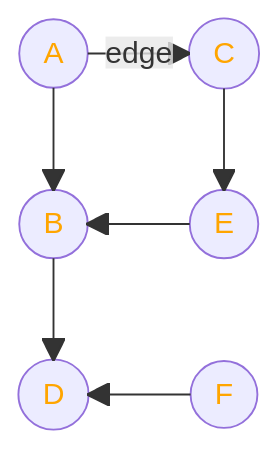
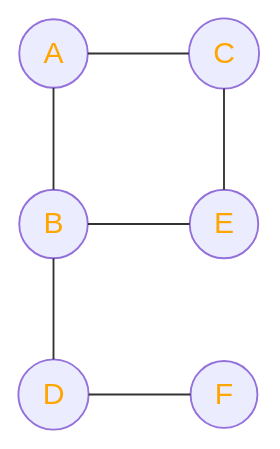
The second of 2 diagrams in Graphs/GraphsSummary.md (BradleyGilden/DSA-Practice), drawn with Mermaid before and after one commit.

Commit message:
undirected graph

````diff
--- a/Graphs/GraphsSummary.md
+++ b/Graphs/GraphsSummary.md
@@ -28,16 +28,16 @@
 ```mermaid
   block-beta
   columns 3
   A(("<font color='orange'>&nbsp;&nbsp;A&nbsp;&nbsp;</font>")) space C(("<font color='orange'>&nbsp;&nbsp;C&nbsp;&nbsp;</font>"))
   space space space
   B(("<font color='orange'>&nbsp;&nbsp;B&nbsp;&nbsp;</font>")) space E(("<font color='orange'>&nbsp;&nbsp;E&nbsp;&nbsp;</font>"))
   space space space
   D(("<font color='orange'>&nbsp;&nbsp;D&nbsp;&nbsp;</font>")) space F(("<font color='orange'>&nbsp;&nbsp;F&nbsp;&nbsp;</font>"))
-  A--"edge"-->C
-  C-->E
-  E-->B
-  A-->B
-  F-->D
-  B-->D
+  A --- C
+  C --- E
+  E --- B
+  A --- B
+  F --- D
+  B --- D
 
 ```
````
